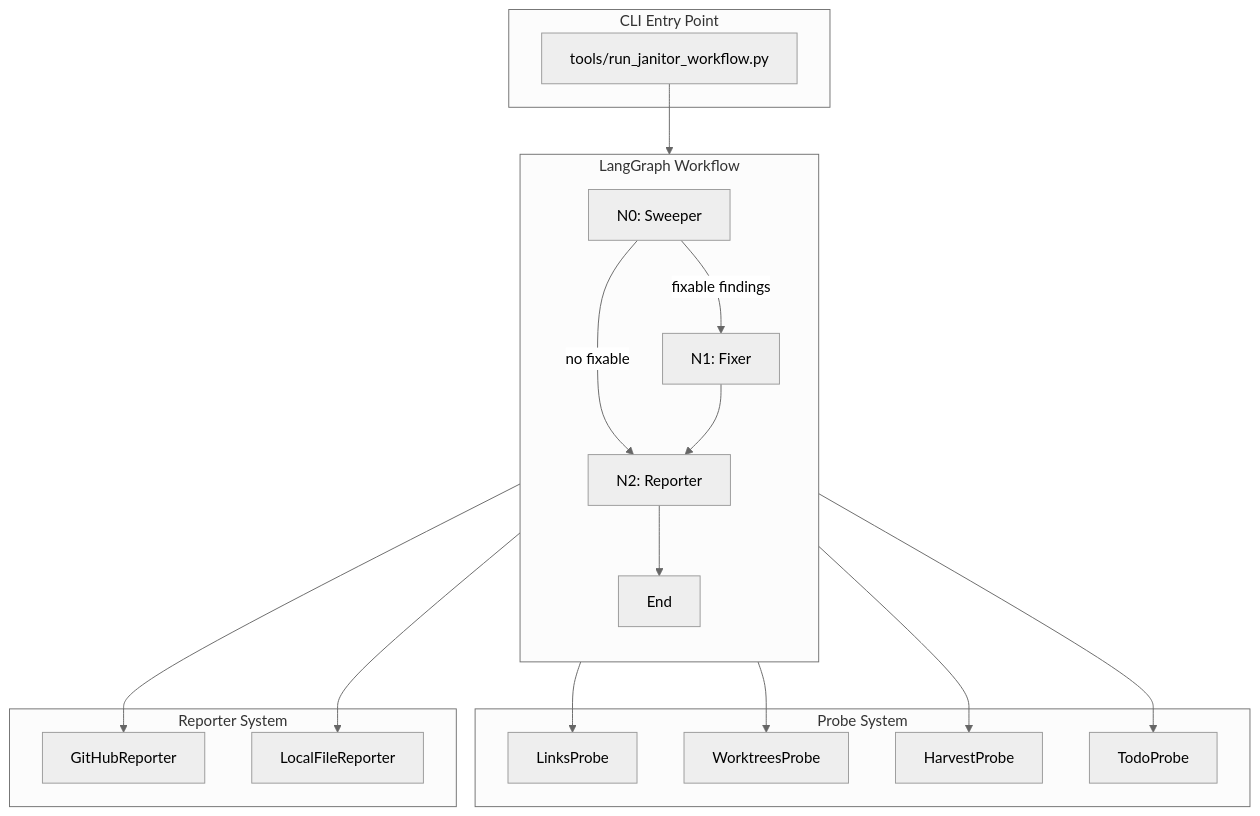
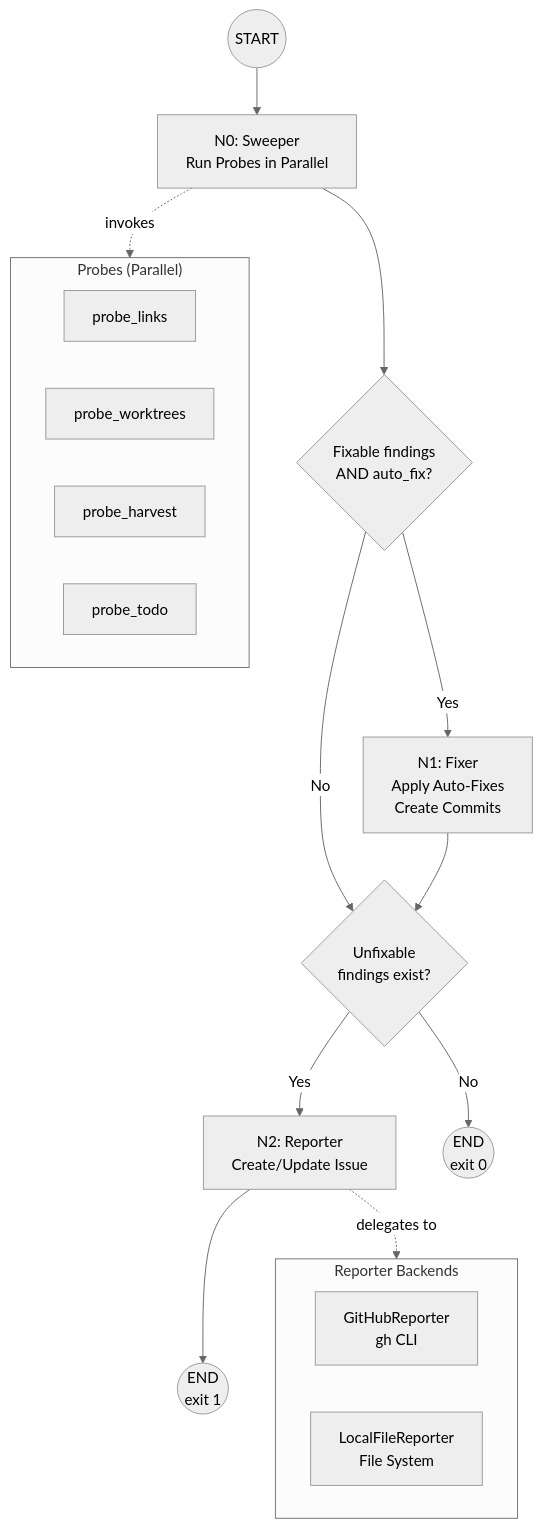
Before and after one commit to martymcenroe/AssemblyZero: the diagram in docs/lineage/active/94-lld/002-draft.md, drawn with Mermaid (neutral theme). The commit also changed other lines of this file and 5 other files, not shown here.

````diff
--- a/docs/lineage/active/94-lld/002-draft.md
+++ b/docs/lineage/active/94-lld/002-draft.md
@@ -523,39 +758,32 @@
 ```mermaid
-flowchart TB
-    subgraph CLI["CLI Entry Point"]
-        A[tools/run_janitor_workflow.py]
+graph TD
+    START((START)) --> SWEEP[N0: Sweeper<br/>Run Probes in Parallel]
+
+    SWEEP --> CHK_FIX{Fixable findings<br/>AND auto_fix?}
+
+    CHK_FIX -->|Yes| FIX[N1: Fixer<br/>Apply Auto-Fixes<br/>Create Commits]
+    CHK_FIX -->|No| CHK_RPT{Unfixable<br/>findings exist?}
+
+    FIX --> CHK_RPT
+
+    CHK_RPT -->|Yes| RPT[N2: Reporter<br/>Create/Update Issue]
+    CHK_RPT -->|No| DONE((END<br/>exit 0))
+
+    RPT --> DONE_RPT((END<br/>exit 1))
+
+    subgraph Probes["Probes (Parallel)"]
+        P1[probe_links]
+        P2[probe_worktrees]
+        P3[probe_harvest]
+        P4[probe_todo]
     end
 
-    subgraph Graph["LangGraph Workflow"]
-        direction TB
-        N0[N0: Sweeper]
-        N1[N1: Fixer]
-        N2[N2: Reporter]
-        
-        N0 -->|fixable findings| N1
-        N0 -->|no fixable| N2
-        N1 --> N2
-        N2 --> END[End]
+    SWEEP -.->|invokes| Probes
+
+    subgraph Reporters["Reporter Backends"]
+        R1[GitHubReporter<br/>gh CLI]
+        R2[LocalFileReporter<br/>File System]
     end
 
-    subgraph Probes["Probe System"]
-        P1[LinksProbe]
-        P2[WorktreesProbe]
-        P3[HarvestProbe]
-        P4[TodoProbe]
-    end
-
-    subgraph Reporters["Reporter System"]
-        R1[GitHubReporter]
-        R2[LocalFileReporter]
-    end
-
-    A --> N0
-    N0 --> P1
-    N0 --> P2
-    N0 --> P3
-    N0 --> P4
-    
-    N2 --> R1
-    N2 --> R2
+    RPT -.->|delegates to| Reporters
 ```
````
